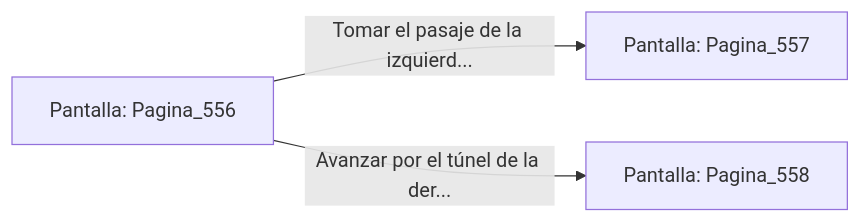
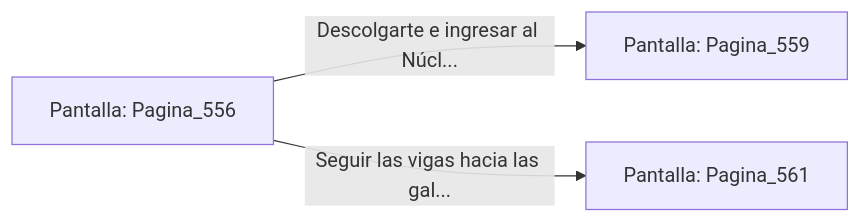
The diagram in sample/eligejuego-vault/Pantalla_Pagina_556.md (metsuke/mpl), drawn with Mermaid before and after one commit. The commit also changed other lines of this file and 635 other files, not shown here.

First line of the commit message:
fix: añadir Pagina_1 como pantalla inicial en capitulo_01.mpl

````diff
--- a/sample/eligejuego-vault/Pantalla_Pagina_556.md
+++ b/sample/eligejuego-vault/Pantalla_Pagina_556.md
@@ -20,6 +22,6 @@
 ```mermaid
 graph LR
     P_Pagina_556["Pantalla: Pagina_556"]
-    P_Pagina_556 -->|"Tomar el pasaje de la izquierd..."| P_Pagina_557["Pantalla: Pagina_557"]
-    P_Pagina_556 -->|"Avanzar por el túnel de la der..."| P_Pagina_558["Pantalla: Pagina_558"]
+    P_Pagina_556 -->|"Descolgarte e ingresar al Núcl..."| P_Pagina_559["Pantalla: Pagina_559"]
+    P_Pagina_556 -->|"Seguir las vigas hacia las gal..."| P_Pagina_561["Pantalla: Pagina_561"]
 ```
````
